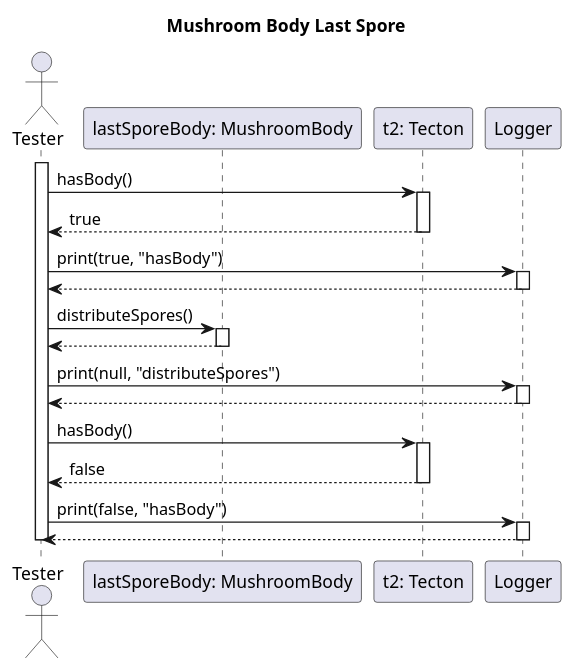
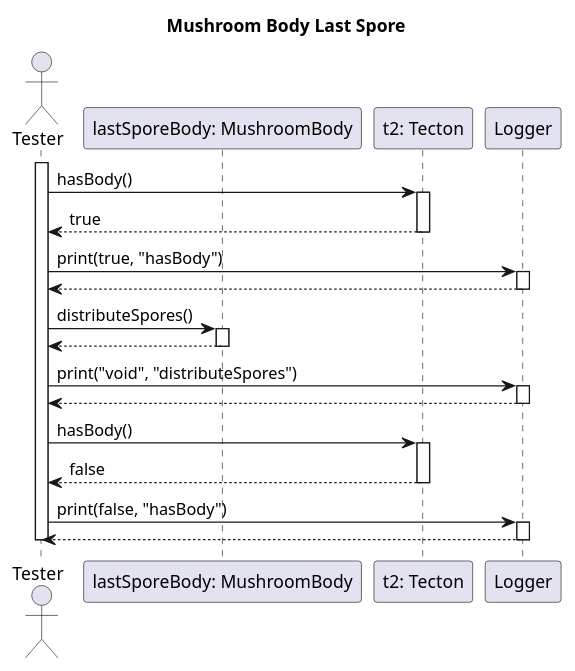
One commit to dzsem/projlab changed the diagram in diagrams/test-sequence/mushroom/mushroomBodyLastSpore.wsd. Above: the diagram before and after it, drawn with PlantUML.

Commit message:
Fixed last spore

```diff
--- a/diagrams/test-sequence/mushroom/mushroomBodyLastSpore.wsd
+++ b/diagrams/test-sequence/mushroom/mushroomBodyLastSpore.wsd
@@ -1,46 +1,46 @@
 @startuml Mushroom Body Last Spore
 
 title Mushroom Body Last Spore
 
 actor "Tester" as tester
 participant "lastSporeBody: MushroomBody" as lsmb
 participant "t2: Tecton" as t2
 participant "Logger" as logger
 
 activate tester
 
 tester -> t2: hasBody()
 activate t2
 t2 --> tester: true
 deactivate t2
 
 tester -> logger: print(true, "hasBody")
 activate logger
 logger --> tester
 deactivate logger 
 
 tester -> lsmb: distributeSpores()
 activate lsmb
 lsmb --> tester
 deactivate lsmb
 
-tester -> logger: print(null, "distributeSpores")
+tester -> logger: print("void", "distributeSpores")
 activate logger
 logger --> tester
 deactivate logger 
 
 tester -> t2: hasBody()
 activate t2
 t2 --> tester: false
 deactivate t2
 
 tester -> logger: print(false, "hasBody")
 activate logger
 logger --> tester
 deactivate logger 
 
 
 
 deactivate tester
 
 @enduml
```
